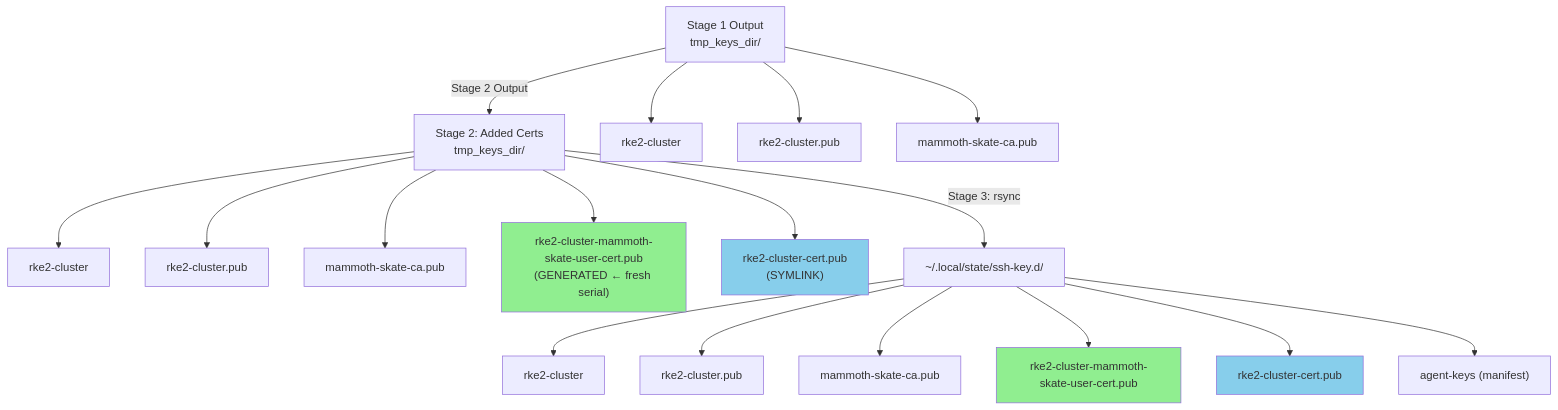
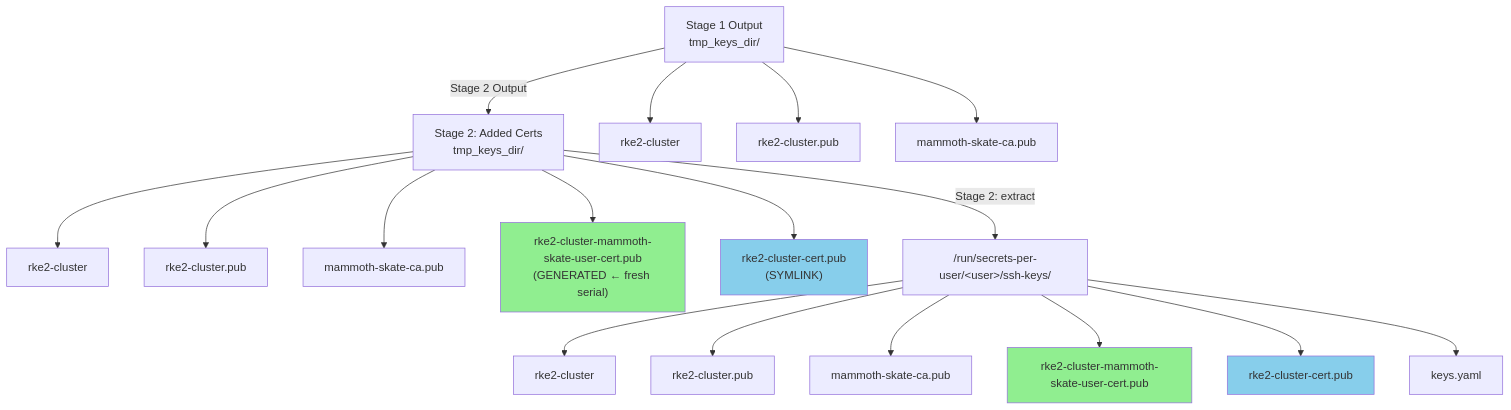
One commit to seedmatic/ndh changed the seventh of 7 diagrams in docs/ssh-keys-diagrams.adoc. Above: the diagram before and after it, drawn with Mermaid. The commit also changed other lines of this file and 23 other files, not shown here.

Commit message:
chore(ssh): better keys distribution from nix

```diff
--- a/docs/ssh-keys-diagrams.adoc
+++ b/docs/ssh-keys-diagrams.adoc
@@ -222,28 +222,28 @@
 [mermaid]
 ----
 graph TD
     A["Stage 1 Output<br/>tmp_keys_dir/"] -->|Stage 2 Output| B["Stage 2: Added Certs<br/>tmp_keys_dir/"]
     
     A --> A1["rke2-cluster"]
     A --> A2["rke2-cluster.pub"]
     A --> A3["mammoth-skate-ca.pub"]
     
     B --> B1["rke2-cluster"]
     B --> B2["rke2-cluster.pub"]
     B --> B3["mammoth-skate-ca.pub"]
     B --> B4["rke2-cluster-mammoth-skate-user-cert.pub<br/>(GENERATED ← fresh serial)"]
     B --> B5["rke2-cluster-cert.pub<br/>(SYMLINK)"]
     
-    B -->|Stage 3: rsync| C["~/.local/state/ssh-key.d/"]
+    B -->|Stage 2: extract| C["/run/secrets-per-user/&lt;user&gt;/ssh-keys/"]
     C --> C1["rke2-cluster"]
     C --> C2["rke2-cluster.pub"]
     C --> C3["mammoth-skate-ca.pub"]
     C --> C4["rke2-cluster-mammoth-skate-user-cert.pub"]
     C --> C5["rke2-cluster-cert.pub"]
-    C --> C6["agent-keys (manifest)"]
+    C --> C6["keys.yaml"]
     
     style B4 fill:#90EE90
     style B5 fill:#87CEEB
     style C4 fill:#90EE90
     style C5 fill:#87CEEB
 ----
```
